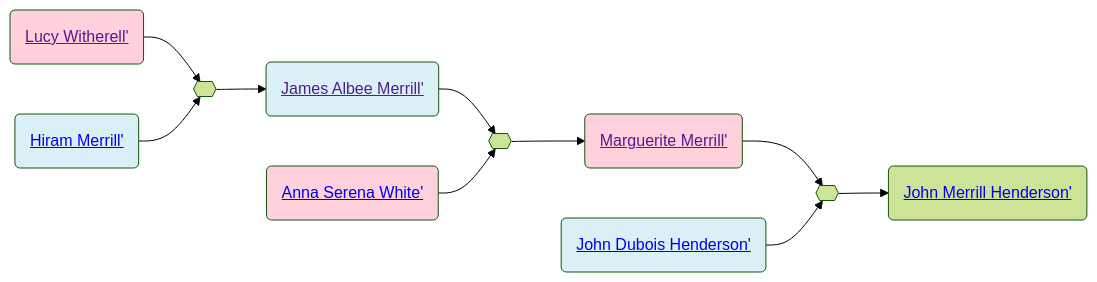
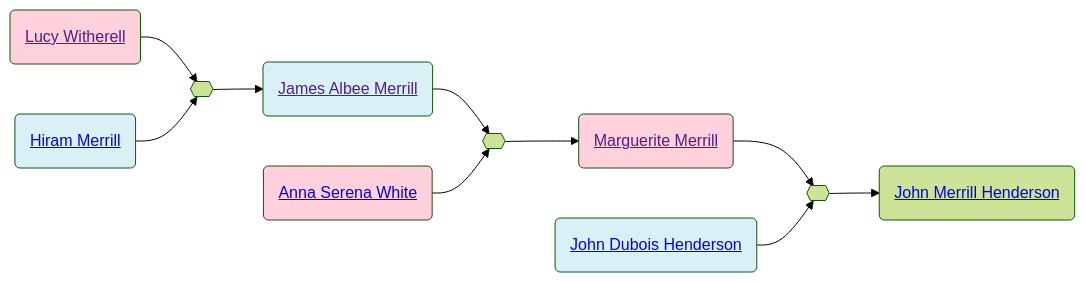
Before and after one commit to neelsmith/avocational: the second of 2 diagrams in familyhistory/sources/people/Merrill-line/Lucy_Witherell.qmd, drawn with Mermaid (forest theme). The commit also changed other lines of this file and 96 other files, not shown here.

````diff
--- a/familyhistory/sources/people/Merrill-line/Lucy_Witherell.qmd
+++ b/familyhistory/sources/people/Merrill-line/Lucy_Witherell.qmd
@@ -43,26 +43,26 @@
 ```{mermaid}
 graph LR
 %% LR descendant diagram
 class Lucy_Witherell_and_Hiram_Merrill marriage
-Lucy_Witherell(<a href=''>Lucy Witherell'</>) --> Lucy_Witherell_and_Hiram_Merrill{{ }}
-Hiram_Merrill(<a href='./Hiram_Merrill.html'>Hiram Merrill'</>) --> Lucy_Witherell_and_Hiram_Merrill{{ }}
+Lucy_Witherell(<a href=''>Lucy Witherell</a>) --> Lucy_Witherell_and_Hiram_Merrill{{ }}
+Hiram_Merrill(<a href='./Hiram_Merrill.html'>Hiram Merrill</a>) --> Lucy_Witherell_and_Hiram_Merrill{{ }}
 class Hiram_Merrill father
 class Lucy_Witherell mother
-Lucy_Witherell_and_Hiram_Merrill{{ }} --> James_Albee_Merrill(<a href='./James_Albee_Merrill.html'>James Albee Merrill'</>)
+Lucy_Witherell_and_Hiram_Merrill{{ }} --> James_Albee_Merrill(<a href='./James_Albee_Merrill.html'>James Albee Merrill</a>)
 class James_Albee_Merrill_and_Anna_Serena_White marriage
-James_Albee_Merrill(<a href=''>James Albee Merrill'</>) --> James_Albee_Merrill_and_Anna_Serena_White{{ }}
-Anna_Serena_White(<a href='./White-line/Anna_Serena_White.html'>Anna Serena White'</>) --> James_Albee_Merrill_and_Anna_Serena_White{{ }}
+James_Albee_Merrill(<a href=''>James Albee Merrill</a>) --> James_Albee_Merrill_and_Anna_Serena_White{{ }}
+Anna_Serena_White(<a href='./White-line/Anna_Serena_White.html'>Anna Serena White</a>) --> James_Albee_Merrill_and_Anna_Serena_White{{ }}
 class James_Albee_Merrill father
 class Anna_Serena_White mother
-James_Albee_Merrill_and_Anna_Serena_White{{ }} --> Marguerite_Merrill(<a href='./Marguerite_Merrill.html'>Marguerite Merrill'</>)
+James_Albee_Merrill_and_Anna_Serena_White{{ }} --> Marguerite_Merrill(<a href='./Marguerite_Merrill.html'>Marguerite Merrill</a>)
 class Marguerite_Merrill_and_John_Dubois_Henderson marriage
-Marguerite_Merrill(<a href=''>Marguerite Merrill'</>) --> Marguerite_Merrill_and_John_Dubois_Henderson{{ }}
-John_Dubois_Henderson(<a href='./../Henderson-line/John_Dubois_Henderson.html'>John Dubois Henderson'</>) --> Marguerite_Merrill_and_John_Dubois_Henderson{{ }}
+Marguerite_Merrill(<a href=''>Marguerite Merrill</a>) --> Marguerite_Merrill_and_John_Dubois_Henderson{{ }}
+John_Dubois_Henderson(<a href='./../Henderson-line/John_Dubois_Henderson.html'>John Dubois Henderson</a>) --> Marguerite_Merrill_and_John_Dubois_Henderson{{ }}
 class John_Dubois_Henderson father
 class Marguerite_Merrill mother
-Marguerite_Merrill_and_John_Dubois_Henderson{{ }} --> John_Merrill_Henderson(<a href='./../Henderson-line/John_Merrill_Henderson.html'>John Merrill Henderson'</>)
+Marguerite_Merrill_and_John_Dubois_Henderson{{ }} --> John_Merrill_Henderson(<a href='./../Henderson-line/John_Merrill_Henderson.html'>John Merrill Henderson</a>)
 classDef mother fill:#ffd1dc
 classDef father fill:#daf0f7  
 classDef marriage fill:#ffffff
 
 ```
````
